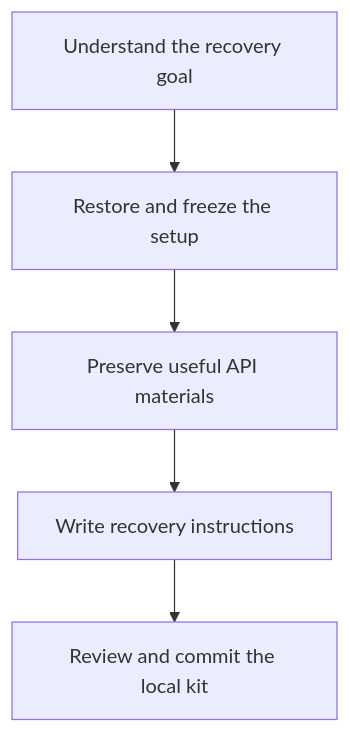
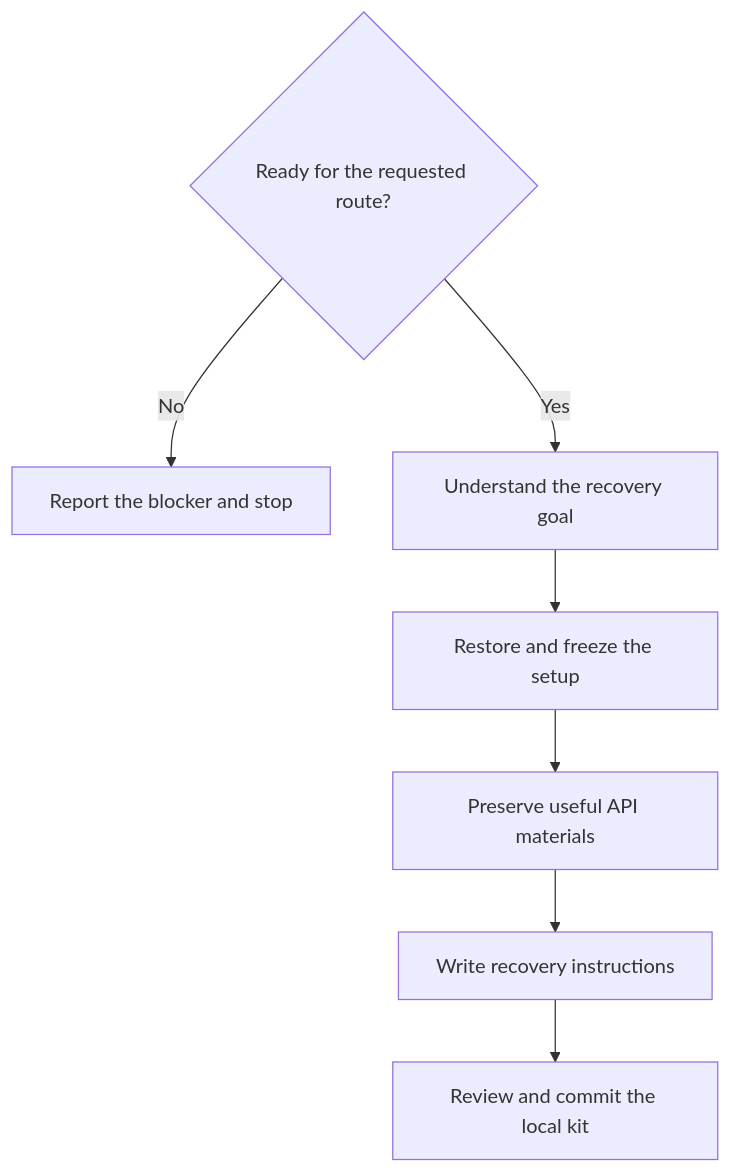
One commit to myowinthein/agent-helm changed the diagram in docs/commands/archive.md. Above: the diagram before and after it, drawn with Mermaid. The commit also changed other lines of this file and 45 other files, not shown here.

````diff
--- a/docs/commands/archive.md
+++ b/docs/commands/archive.md
@@ -19,7 +19,9 @@
 ```mermaid
 flowchart TD
+  Gate{"Ready for the requested route?"} -->|No| Stop["Report the blocker and stop"]
+  Gate -->|Yes| Explore
   Explore["Understand the recovery goal"] --> Restore["Restore and freeze the setup"]
   Restore --> API["Preserve useful API materials"]
   API --> Docs["Write recovery instructions"]
   Docs --> Review["Review and commit the local kit"]
 ```
````
